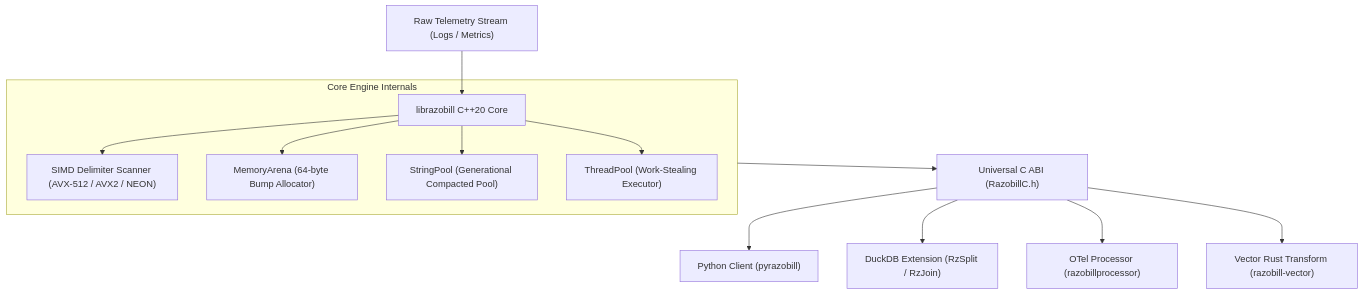
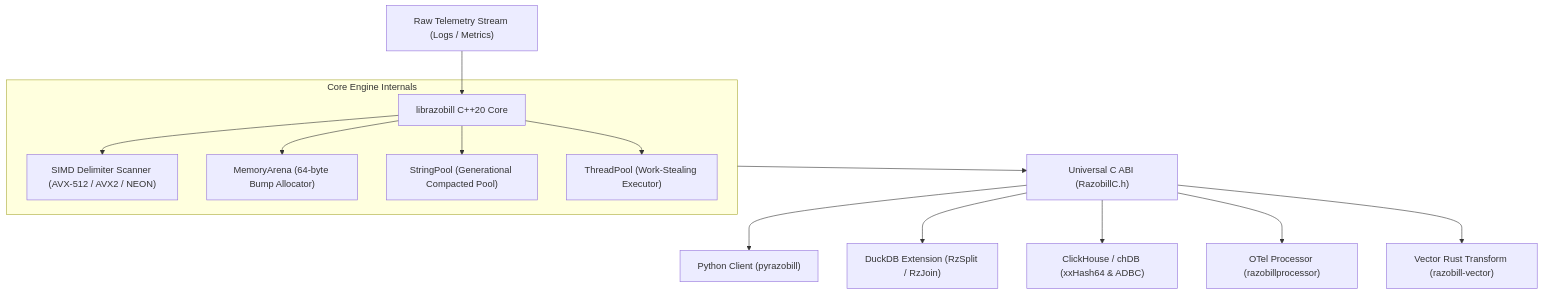
One commit to 4t1a/razobill changed the diagram in docs/explanation/architecture.md. Above: the diagram before and after it, drawn with Mermaid. The commit also changed other lines of this file and 13 other files, not shown here.

````diff
--- a/docs/explanation/architecture.md
+++ b/docs/explanation/architecture.md
@@ -16,15 +16,16 @@
 ```mermaid
 flowchart TD
     Raw["Raw Telemetry Stream (Logs / Metrics)"] --> Core["librazobill C++20 Core"]
     subgraph CoreEngine ["Core Engine Internals"]
         Core --> SIMD["SIMD Delimiter Scanner (AVX-512 / AVX2 / NEON)"]
         Core --> Arena["MemoryArena (64-byte Bump Allocator)"]
         Core --> Pool["StringPool (Generational Compacted Pool)"]
         Core --> PoolThread["ThreadPool (Work-Stealing Executor)"]
     end
     CoreEngine --> CABI["Universal C ABI (RazobillC.h)"]
     CABI --> Py["Python Client (pyrazobill)"]
     CABI --> Duck["DuckDB Extension (RzSplit / RzJoin)"]
+    CABI --> CH["ClickHouse / chDB (xxHash64 & ADBC)"]
     CABI --> OTel["OTel Processor (razobillprocessor)"]
     CABI --> Vec["Vector Rust Transform (razobill-vector)"]
 ```
````
